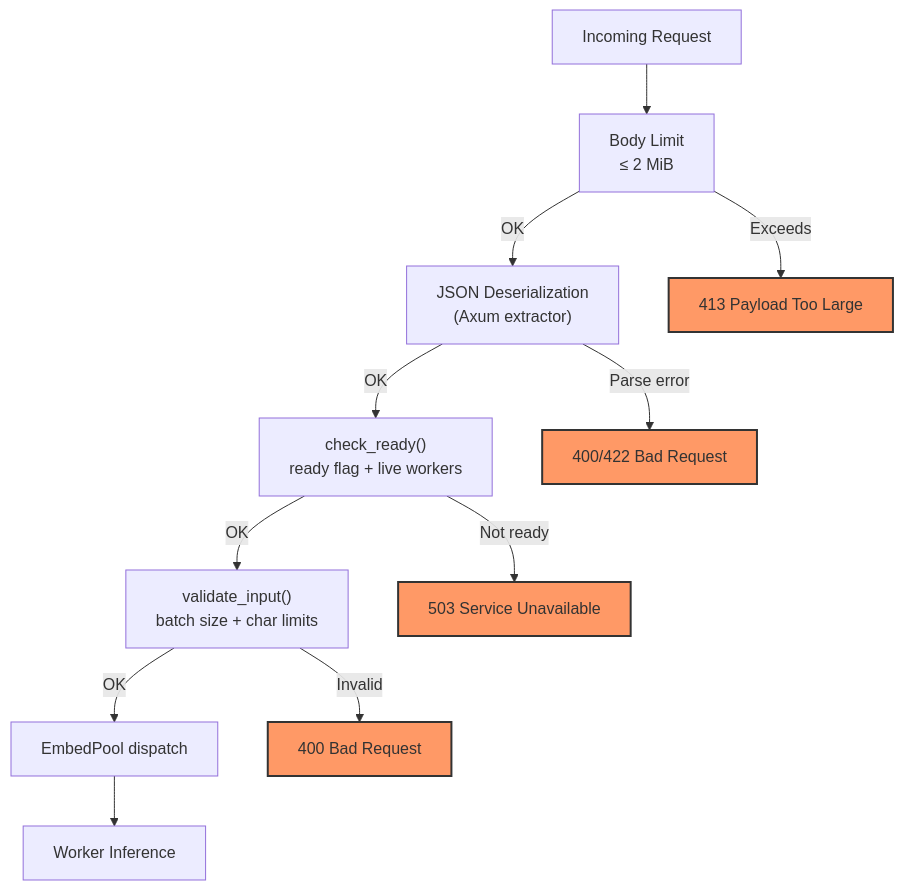
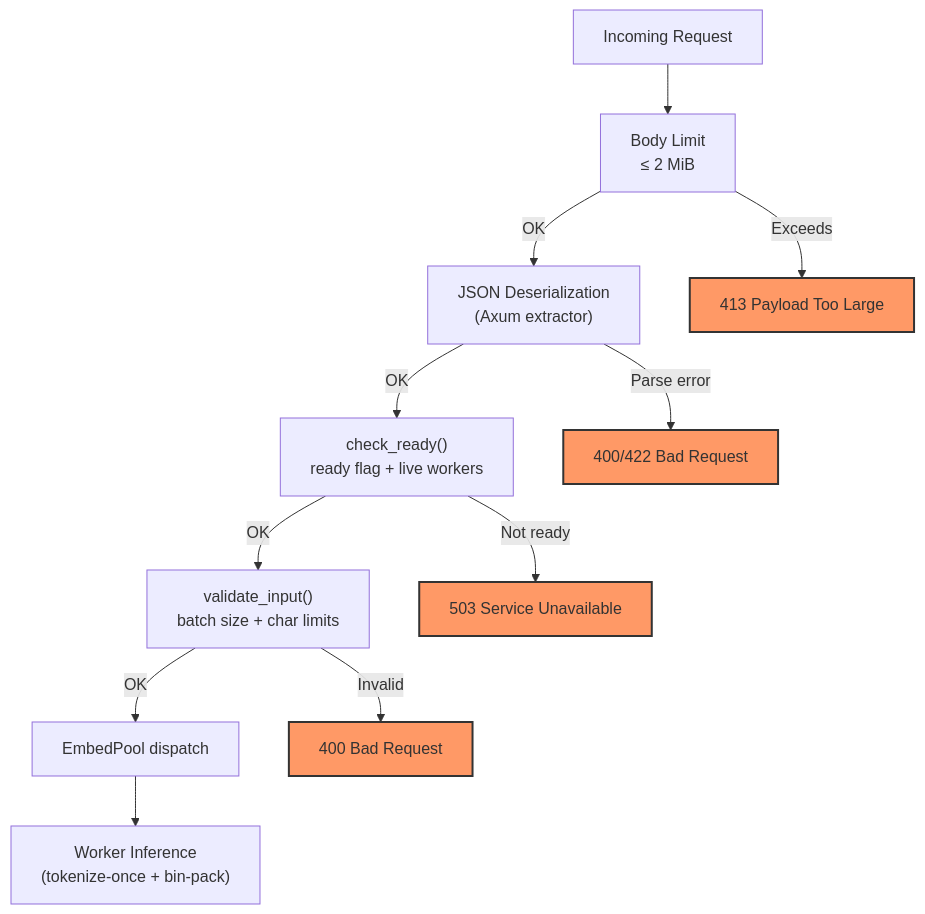
The third of 4 diagrams in docs/request-flow.md (Fulton-Engineering-Services/bge-m3-embedding-server), drawn with Mermaid before and after one commit. The commit also changed other lines of this file and 32 other files, not shown here.

First line of the commit message:
feat: long-context support, memory-aware auto-budget, and bin-packing inference (#46)

````diff
--- a/docs/request-flow.md
+++ b/docs/request-flow.md
@@ -95,23 +108,23 @@
 ```mermaid
 graph TD
     Req["Incoming Request"]
     Body["Body Limit<br/>≤ 2 MiB"]
     Deser["JSON Deserialization<br/>(Axum extractor)"]
     Ready["check_ready()<br/>ready flag + live workers"]
     Validate["validate_input()<br/>batch size + char limits"]
     Pool["EmbedPool dispatch"]
 
     Req --> Body
     Body -->|"Exceeds"| R413["413 Payload Too Large"]
     Body -->|"OK"| Deser
     Deser -->|"Parse error"| R400a["400/422 Bad Request"]
     Deser -->|"OK"| Ready
     Ready -->|"Not ready"| R503["503 Service Unavailable"]
     Ready -->|"OK"| Validate
     Validate -->|"Invalid"| R400b["400 Bad Request"]
     Validate -->|"OK"| Pool
-    Pool --> Inference["Worker Inference"]
+    Pool --> Inference["Worker Inference<br/>(tokenize-once + bin-pack)"]
 
     classDef errorNode fill:#f96,stroke:#333,stroke-width:2px
     class R413,R400a,R503,R400b errorNode
 ```
````
